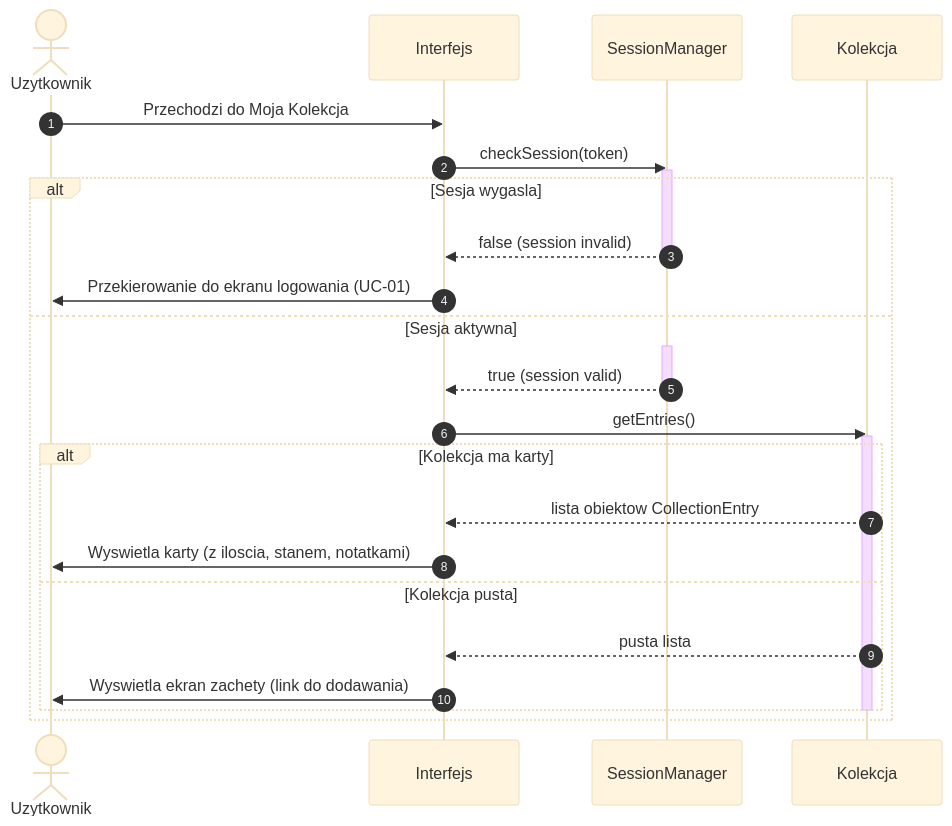
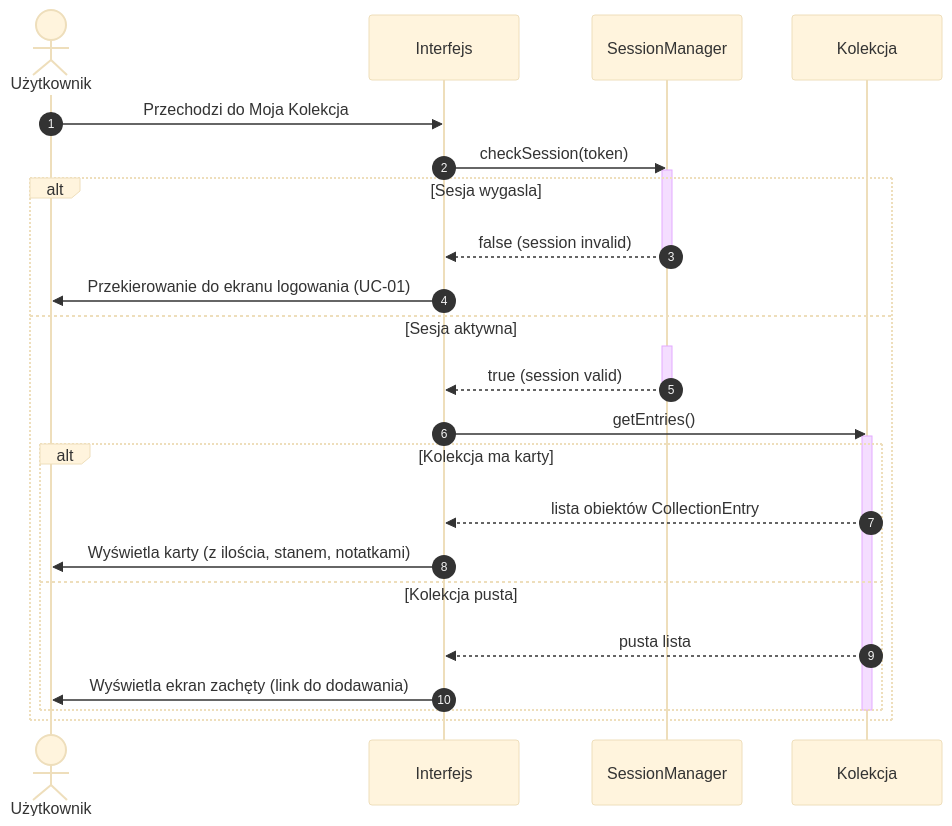
The fifth of 7 diagrams in work_in_progress/diagramSekwencji.md (IO-2026-Pryncypalki/Grimoire_MTG), drawn with Mermaid (base theme) before and after one commit. The commit also changed other lines of this file and 2 other files, not shown here.

Commit message:
dodano_polskie_znaki_w_diagramie_sekwencji

````diff
--- a/work_in_progress/diagramSekwencji.md
+++ b/work_in_progress/diagramSekwencji.md
@@ -215,34 +215,34 @@
 ```mermaid
 sequenceDiagram
     autonumber
-    actor U as Uzytkownik
+    actor U as Użytkownik
     participant UI as Interfejs
     participant SM as SessionManager
     participant COL as Kolekcja
 
     U->>UI: Przechodzi do Moja Kolekcja
     UI->>SM: checkSession(token)
     activate SM
 
     alt Sesja wygasla
         SM-->>UI: false (session invalid)
         deactivate SM
         UI->>U: Przekierowanie do ekranu logowania (UC-01)
     else Sesja aktywna
         activate SM
         SM-->>UI: true (session valid)
         deactivate SM
 
         UI->>COL: getEntries()
         activate COL
 
         alt Kolekcja ma karty
-            COL-->>UI: lista obiektow CollectionEntry
-            UI->>U: Wyswietla karty (z iloscia, stanem, notatkami)
+            COL-->>UI: lista obiektów CollectionEntry
+            UI->>U: Wyświetla karty (z ilościa, stanem, notatkami)
         else Kolekcja pusta
             COL-->>UI: pusta lista
-            UI->>U: Wyswietla ekran zachety (link do dodawania)
+            UI->>U: Wyświetla ekran zachęty (link do dodawania)
         end
         deactivate COL
     end
 ```
````
